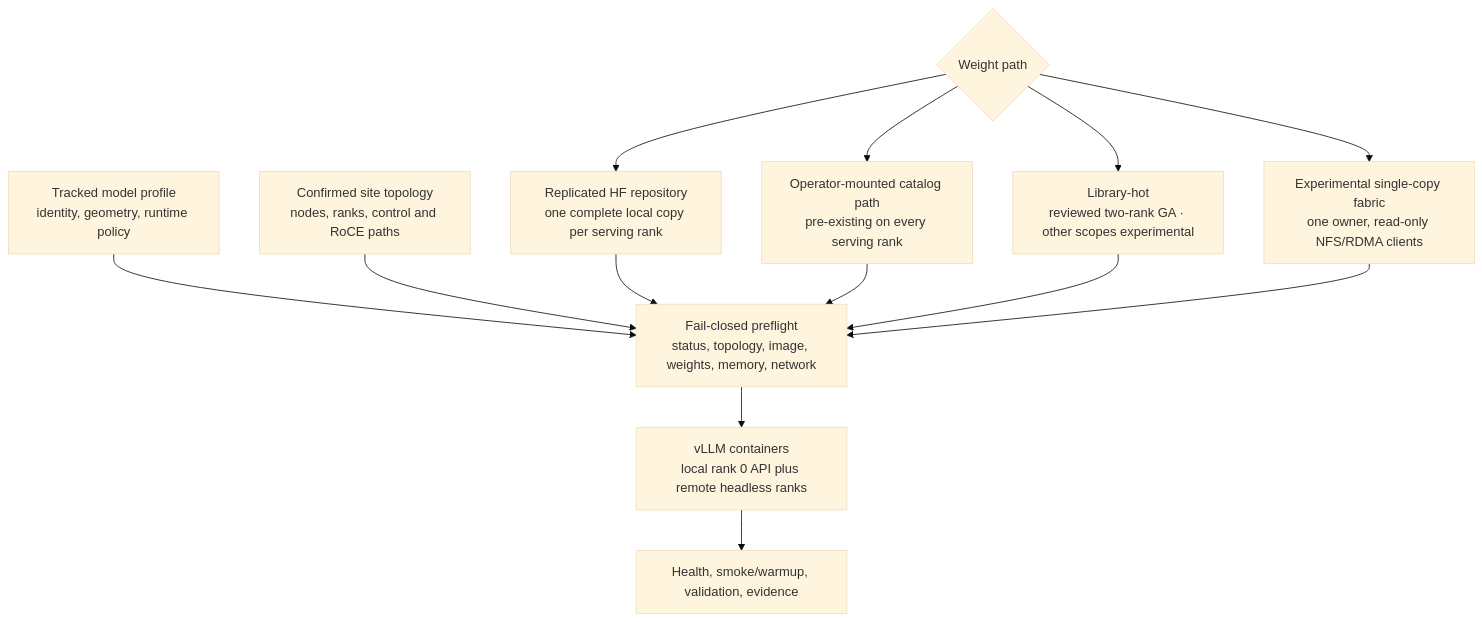
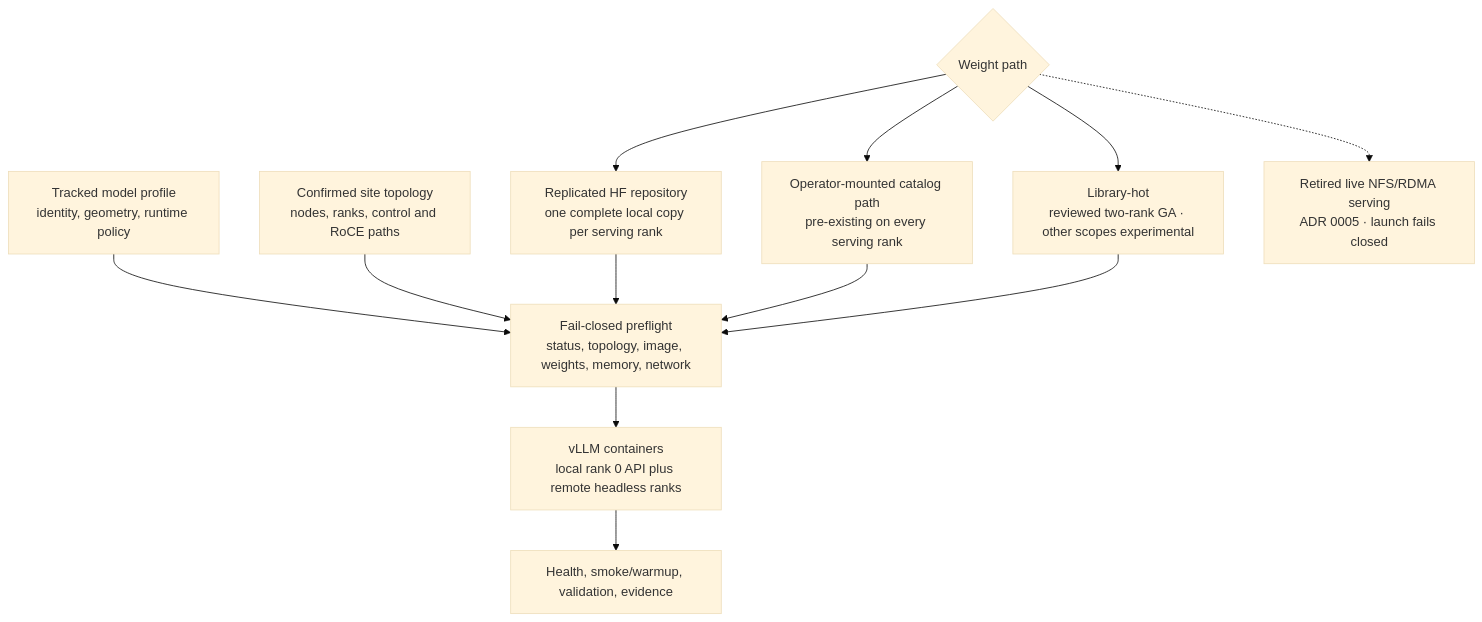
The diagram in docs/MODEL_CATALOG_DISTRIBUTION_LOADING_SPEC.md (luisefigueroa/pulsar-gb10-vllm-stack), drawn with Mermaid (base theme) before and after one commit. The commit also changed other lines of this file and 36 other files, not shown here.

First line of the commit message:
docs(adr): reject live NFS/RDMA serving (ADR 0005)

````diff
--- a/docs/MODEL_CATALOG_DISTRIBUTION_LOADING_SPEC.md
+++ b/docs/MODEL_CATALOG_DISTRIBUTION_LOADING_SPEC.md
@@ -215,21 +217,21 @@
 ```mermaid
 flowchart TD
     P["Tracked model profile\nidentity, geometry, runtime policy"]
     T["Confirmed site topology\nnodes, ranks, control and RoCE paths"]
     S{"Weight path"}
     R["Replicated HF repository\none complete local copy per serving rank"]
     C["Operator-mounted catalog path\npre-existing on every serving rank"]
     L["Library-hot\nreviewed two-rank GA · other scopes experimental"]
-    F["Experimental single-copy fabric\none owner, read-only NFS/RDMA clients"]
+    F["Retired live NFS/RDMA serving\nADR 0005 · launch fails closed"]
     G["Fail-closed preflight\nstatus, topology, image, weights, memory, network"]
     V["vLLM containers\nlocal rank 0 API plus remote headless ranks"]
     E["Health, smoke/warmup, validation, evidence"]
 
     P --> G
     T --> G
     S --> R --> G
     S --> C --> G
     S --> L --> G
-    S --> F --> G
+    S -.-> F
     G --> V --> E
 ```
````
